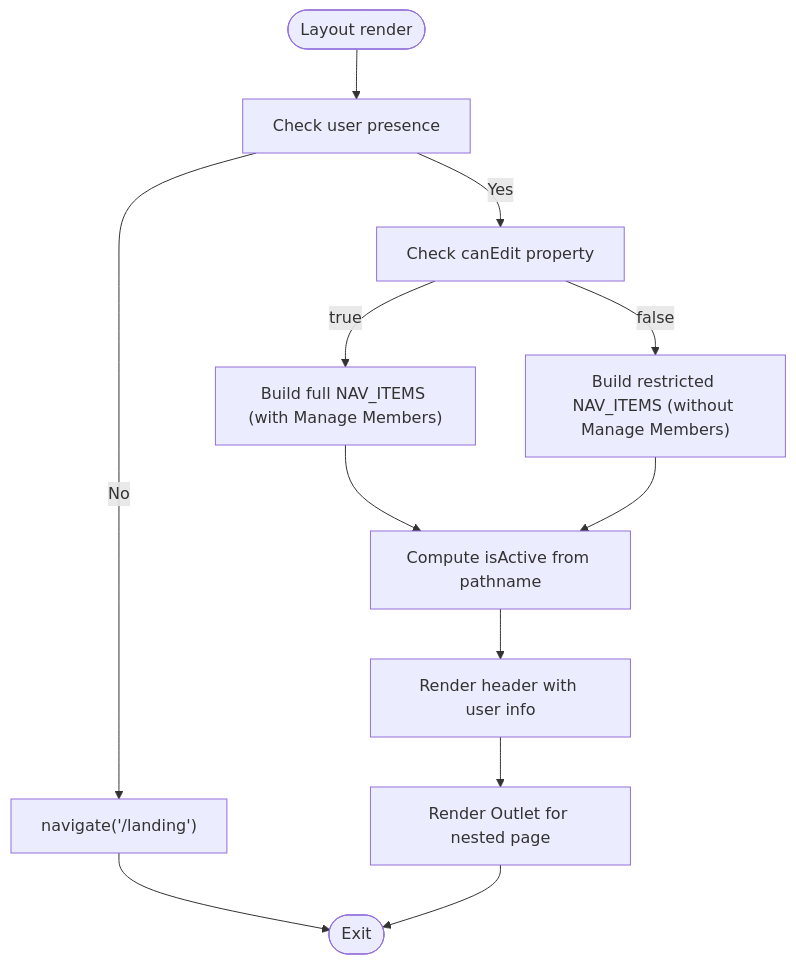
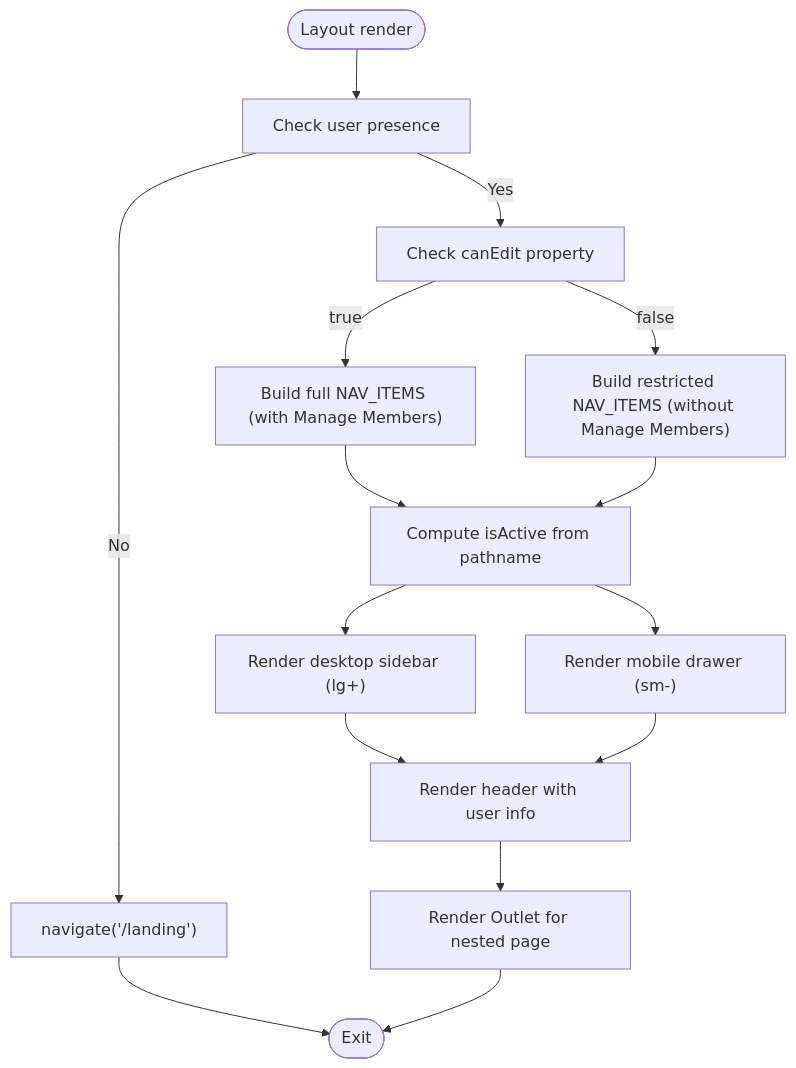
One commit to netdaniel/serveflow changed the third of 5 diagrams in .qoder/repowiki/en/content/Component Architecture/Layout System.md. Above: the diagram before and after it, drawn with Mermaid. The commit also changed other lines of this file and 12 other files, not shown here.

````diff
--- a/.qoder/repowiki/en/content/Component Architecture/Layout System.md
+++ b/.qoder/repowiki/en/content/Component Architecture/Layout System.md
@@ -176,14 +192,17 @@
 ```mermaid
 flowchart TD
 Start(["Layout render"]) --> CheckUser["Check user presence"]
 CheckUser --> |No| Redirect["navigate('/landing')"]
 CheckUser --> |Yes| CheckRole["Check canEdit property"]
 CheckRole --> |true| BuildFullNav["Build full NAV_ITEMS (with Manage Members)"]
 CheckRole --> |false| BuildRestrictedNav["Build restricted NAV_ITEMS (without Manage Members)"]
 BuildFullNav --> ActiveState["Compute isActive from pathname"]
 BuildRestrictedNav --> ActiveState
-ActiveState --> RenderHeader["Render header with user info"]
+ActiveState --> RenderDesktop["Render desktop sidebar (lg+)"]
+ActiveState --> RenderMobile["Render mobile drawer (sm-)"]
+RenderDesktop --> RenderHeader["Render header with user info"]
+RenderMobile --> RenderHeader
 RenderHeader --> RenderOutlet["Render Outlet for nested page"]
 Redirect --> End(["Exit"])
 RenderOutlet --> End
 ```
````
